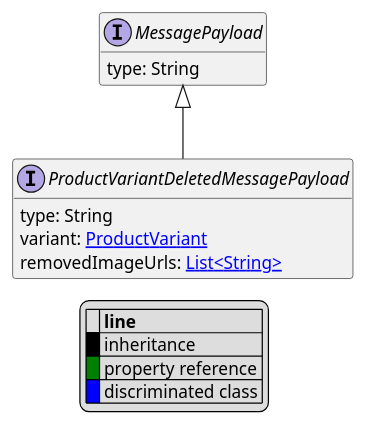
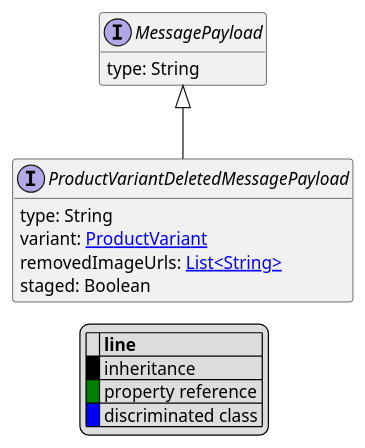
One commit to commercetools/commercetools-api-reference changed the diagram in uml/api/ProductVariantDeletedMessagePayload.puml. Above: the diagram before and after it, drawn with PlantUML. The commit also changed 12 other files, not shown here.

```diff
--- a/uml/api/ProductVariantDeletedMessagePayload.puml
+++ b/uml/api/ProductVariantDeletedMessagePayload.puml
@@ -1,24 +1,25 @@
 @startuml
 
 hide empty fields
 hide empty methods
 legend
 |= |= line |
 |<back:black>   </back>| inheritance |
 |<back:green>   </back>| property reference |
 |<back:blue>   </back>| discriminated class |
 endlegend
 interface ProductVariantDeletedMessagePayload [[ProductVariantDeletedMessagePayload.svg]] extends MessagePayload {
     type: String
     variant: [[ProductVariant.svg ProductVariant]]
     removedImageUrls: [[String.svg List<String>]]
+    staged: Boolean
 }
 interface MessagePayload [[MessagePayload.svg]]  {
     type: String
 }
 
 
 
 
 
 @enduml
```
